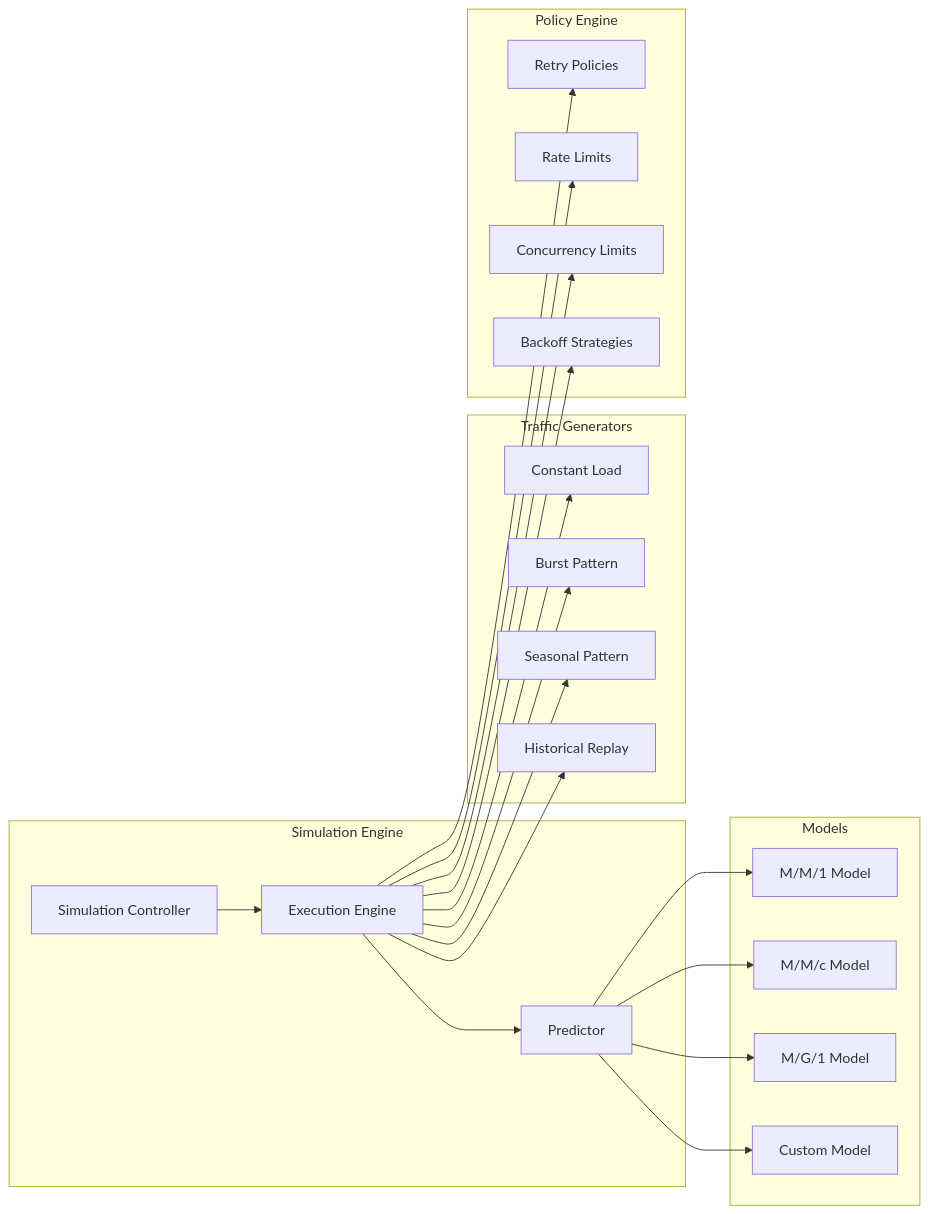
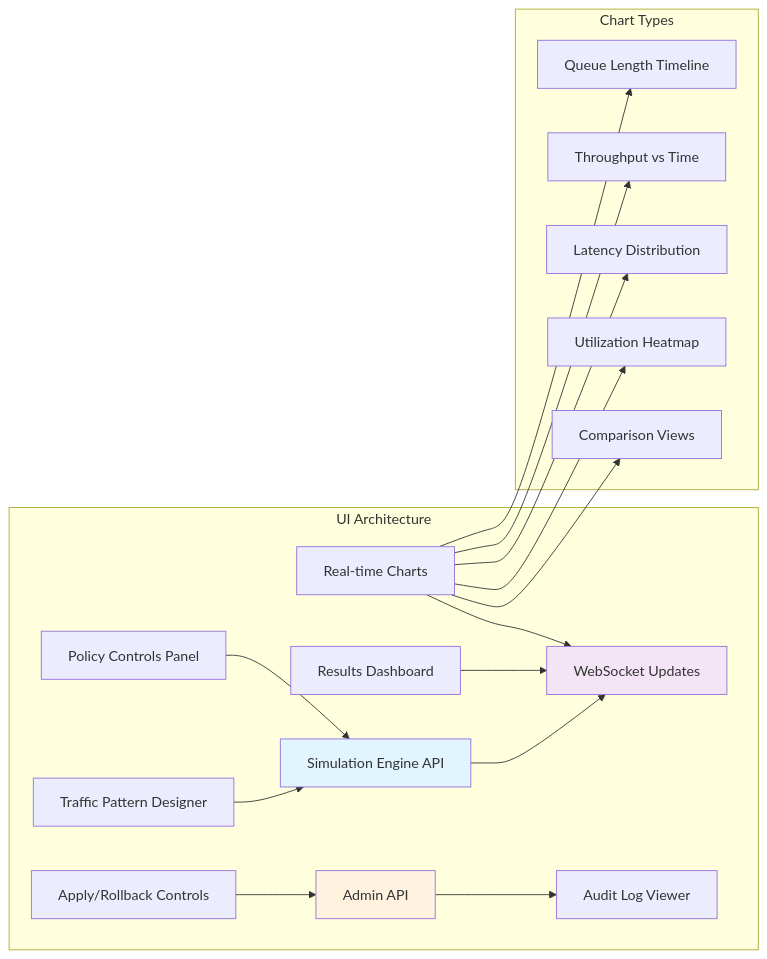
Before and after one commit to flyingrobots/go-redis-work-queue: the second of 3 diagrams in docs/design/f031-design.md, drawn with Mermaid. The commit also changed other lines of this file and 10 other files, not shown here.

````diff
--- a/docs/design/f031-design.md
+++ b/docs/design/f031-design.md
@@ -67,46 +235,24 @@
 ```mermaid
 graph LR
-    subgraph "Simulation Engine"
-        CTRL[Simulation Controller]
-        EXEC[Execution Engine]
-        PRED[Predictor]
+    subgraph "UI Architecture"
+        A[Policy Controls Panel] --> B[Simulation Engine API]
+        C[Traffic Pattern Designer] --> B
+        D[Real-time Charts] --> E[WebSocket Updates]
+        F[Results Dashboard] --> E
+        G[Apply/Rollback Controls] --> H[Admin API]
+        B --> E
+        H --> I[Audit Log Viewer]
     end
 
-    subgraph "Models"
-        MM1[M/M/1 Model]
-        MMC[M/M/c Model]
-        MG1[M/G/1 Model]
-        CUSTOM[Custom Model]
+    subgraph "Chart Types"
+        D --> J[Queue Length Timeline]
+        D --> K[Throughput vs Time]
+        D --> L[Latency Distribution]
+        D --> M[Utilization Heatmap]
+        D --> N[Comparison Views]
     end
 
-    subgraph "Traffic Generators"
-        CONST[Constant Load]
-        BURST[Burst Pattern]
-        SEASONAL[Seasonal Pattern]
-        REPLAY[Historical Replay]
-    end
-
-    subgraph "Policy Engine"
-        RETRY[Retry Policies]
-        RATE[Rate Limits]
-        CONCUR[Concurrency Limits]
-        BACKOFF[Backoff Strategies]
-    end
-
-    CTRL --> EXEC
-    EXEC --> PRED
-    PRED --> MM1
-    PRED --> MMC
-    PRED --> MG1
-    PRED --> CUSTOM
-
-    EXEC --> CONST
-    EXEC --> BURST
-    EXEC --> SEASONAL
-    EXEC --> REPLAY
-
-    EXEC --> RETRY
-    EXEC --> RATE
-    EXEC --> CONCUR
-    EXEC --> BACKOFF
+    style B fill:#e1f5fe
+    style E fill:#f3e5f5
+    style H fill:#fff3e0
 ```
````
